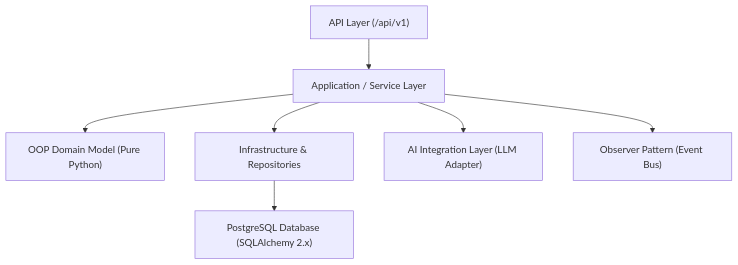
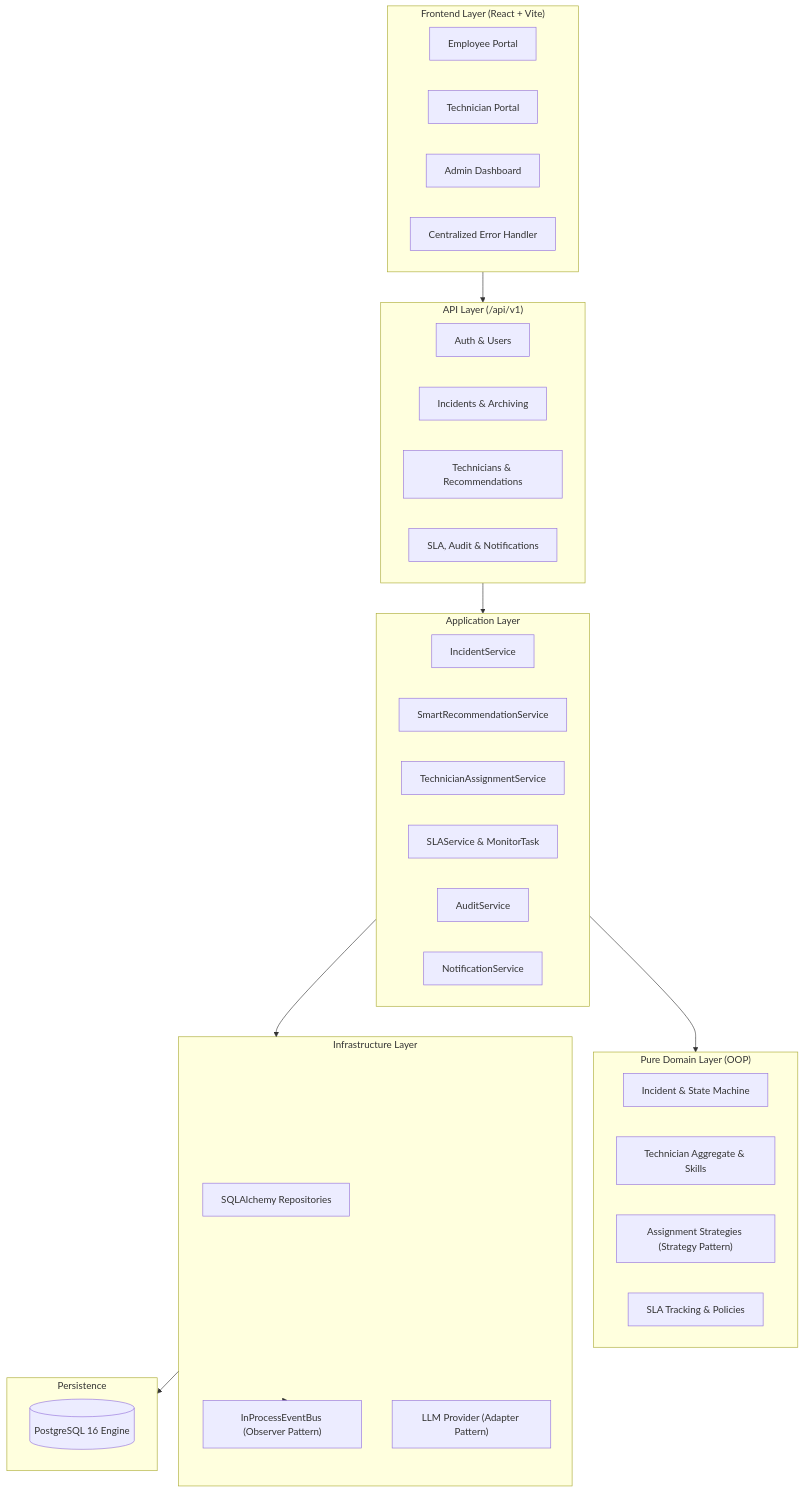
Before and after one commit to kj-labs1/I-ITSM: the diagram in README.md, drawn with Mermaid. The commit also changed other lines of this file and 16 other files, not shown here.

````diff
--- a/README.md
+++ b/README.md
@@ -42,9 +57,49 @@
 ```mermaid
-graph TD
-    A["API Layer (/api/v1)"] --> B["Application / Service Layer"]
-    B --> C["OOP Domain Model (Pure Python)"]
-    B --> D["Infrastructure & Repositories"]
-    D --> E["PostgreSQL Database (SQLAlchemy 2.x)"]
-    B --> F["AI Integration Layer (LLM Adapter)"]
-    B --> G["Observer Pattern (Event Bus)"]
+flowchart TD
+    subgraph Frontend ["Frontend Layer (React + Vite)"]
+        UI_EMP["Employee Portal"]
+        UI_TECH["Technician Portal"]
+        UI_ADMIN["Admin Dashboard"]
+        ERR["Centralized Error Handler"]
+    end
+
+    subgraph API ["API Layer (/api/v1)"]
+        AUTH_API["Auth & Users"]
+        INC_API["Incidents & Archiving"]
+        TECH_API["Technicians & Recommendations"]
+        SLA_API["SLA, Audit & Notifications"]
+    end
+
+    subgraph AppService ["Application Layer"]
+        INC_SRV["IncidentService"]
+        REC_SRV["SmartRecommendationService"]
+        ASSIGN_SRV["TechnicianAssignmentService"]
+        SLA_SRV["SLAService & MonitorTask"]
+        AUDIT_SRV["AuditService"]
+        NOTIF_SRV["NotificationService"]
+    end
+
+    subgraph Domain ["Pure Domain Layer (OOP)"]
+        INC_DOM["Incident & State Machine"]
+        TECH_DOM["Technician Aggregate & Skills"]
+        STRAT_DOM["Assignment Strategies (Strategy Pattern)"]
+        SLA_DOM["SLA Tracking & Policies"]
+    end
+
+    subgraph Infra ["Infrastructure Layer"]
+        DB_REPO["SQLAlchemy Repositories"]
+        EVENT_BUS["InProcessEventBus (Observer Pattern)"]
+        LLM_ADAPT["LLM Provider (Adapter Pattern)"]
+    end
+
+    subgraph Storage ["Persistence"]
+        PG[(PostgreSQL 16 Engine)]
+    end
+
+    Frontend --> API
+    API --> AppService
+    AppService --> Domain
+    AppService --> Infra
+    Infra --> Storage
+    Infra -.-> EVENT_BUS
 ```
````
